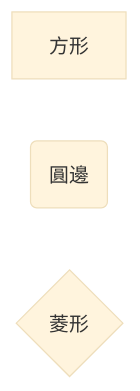
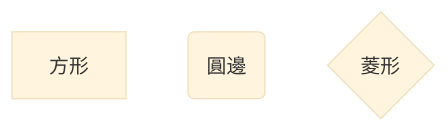
The third of 8 diagrams in part2/Console-2-1-3.md (neochen2701/CodeJudgerBook), drawn with Mermaid (base theme) before and after one commit. The commit also changed other lines of this file, not shown here.

Commit message:
Updates part2/Console-2-1-3.md
Auto commit by GitBook Editor

````diff
--- a/part2/Console-2-1-3.md
+++ b/part2/Console-2-1-3.md
@@ -71,6 +71,6 @@
 ```mermaid
-graph LR
+graph TD
     A[方形]
     B(圓邊)
     c{菱形}
 ```
````
